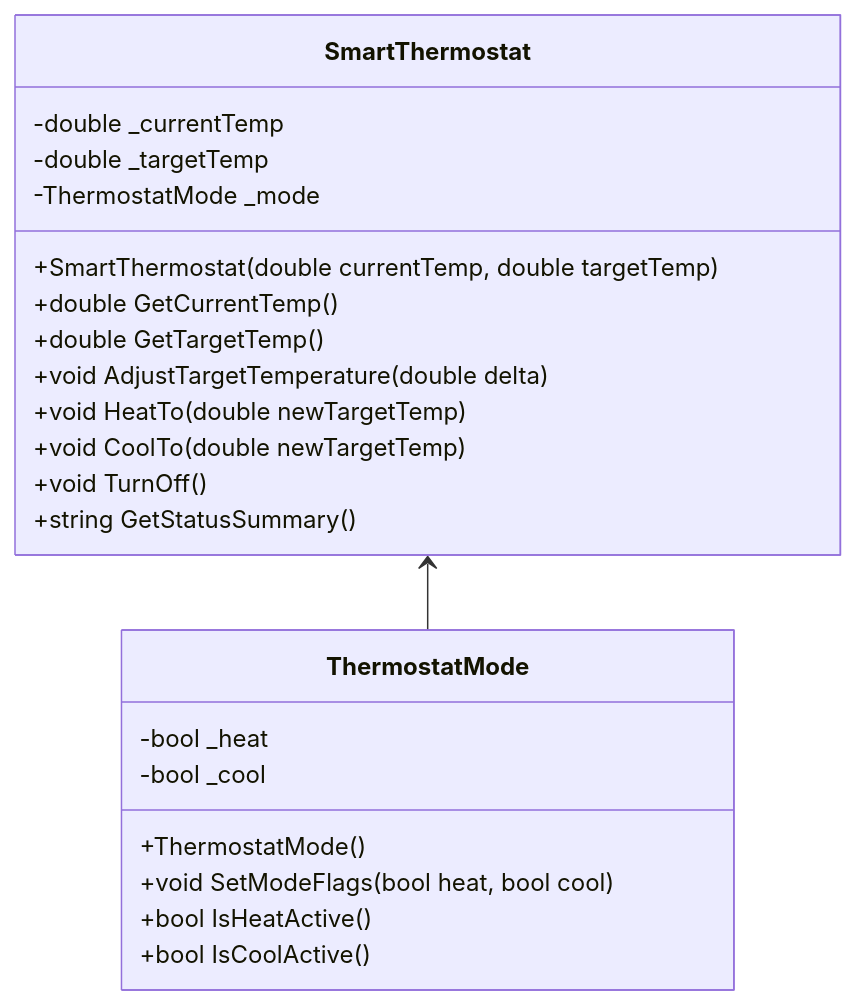
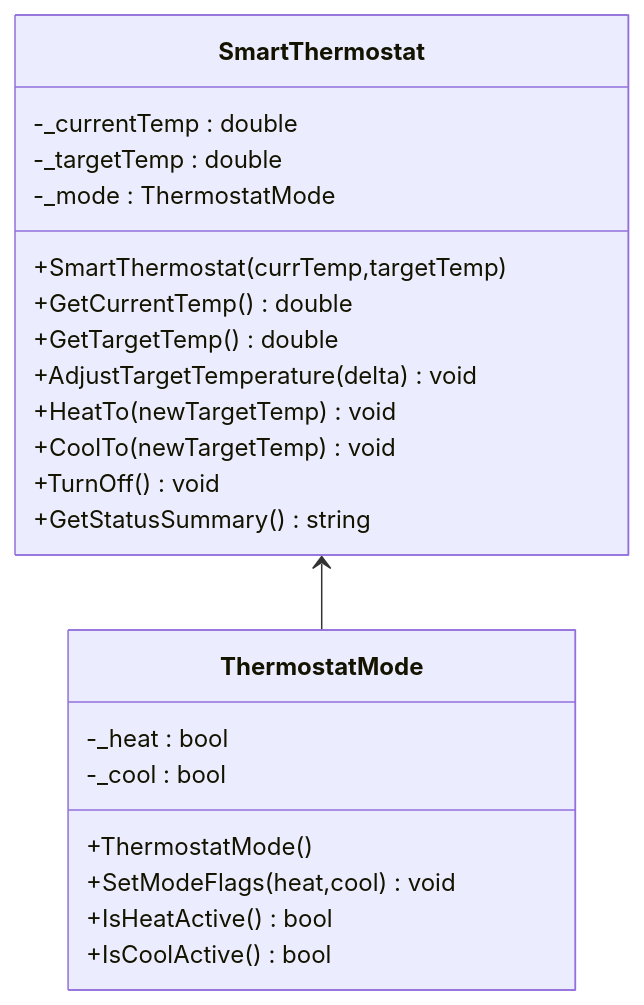
One commit to gibbonsc/quartzblog changed the sixth of 6 diagrams in content/AppEx-3.03-Smart-Thermostat.md. Above: the diagram before and after it, drawn with Mermaid. The commit also changed other lines of this file and 1 other file, not shown here.

Commit message:
smart thermostat exercise diagrams

````diff
--- a/content/AppEx-3.03-Smart-Thermostat.md
+++ b/content/AppEx-3.03-Smart-Thermostat.md
@@ -147,25 +158,26 @@
 ```mermaid
+%%{init: {'classDiagram': {'textWrap': false}}}%%
 classDiagram
     class SmartThermostat {
-        -double _currentTemp
-        -double _targetTemp
-        -ThermostatMode _mode
-        +SmartThermostat(double currentTemp, double targetTemp)
-        +double GetCurrentTemp()
-        +double GetTargetTemp()
-        +void AdjustTargetTemperature(double delta)
-        +void HeatTo(double newTargetTemp)
-        +void CoolTo(double newTargetTemp)
-        +void TurnOff()
-        +string GetStatusSummary()
+        -_currentTemp : double
+        -_targetTemp : double
+        -_mode : ThermostatMode
+        +SmartThermostat(currTemp,targetTemp)
+        +GetCurrentTemp() double
+        +GetTargetTemp() double
+        +AdjustTargetTemperature(delta) void
+        +HeatTo(newTargetTemp) void
+        +CoolTo(newTargetTemp) void
+        +TurnOff() void
+        +GetStatusSummary() string
     }
     class ThermostatMode {
-        -bool _heat
-        -bool _cool
+        -_heat : bool
+        -_cool : bool
         +ThermostatMode()
-        +void SetModeFlags(bool heat, bool cool)
-        +bool IsHeatActive()
-        +bool IsCoolActive()
+        +SetModeFlags(heat,cool) void
+        +IsHeatActive() bool
+        +IsCoolActive() bool
     }
     SmartThermostat <-- ThermostatMode
 ```
````
